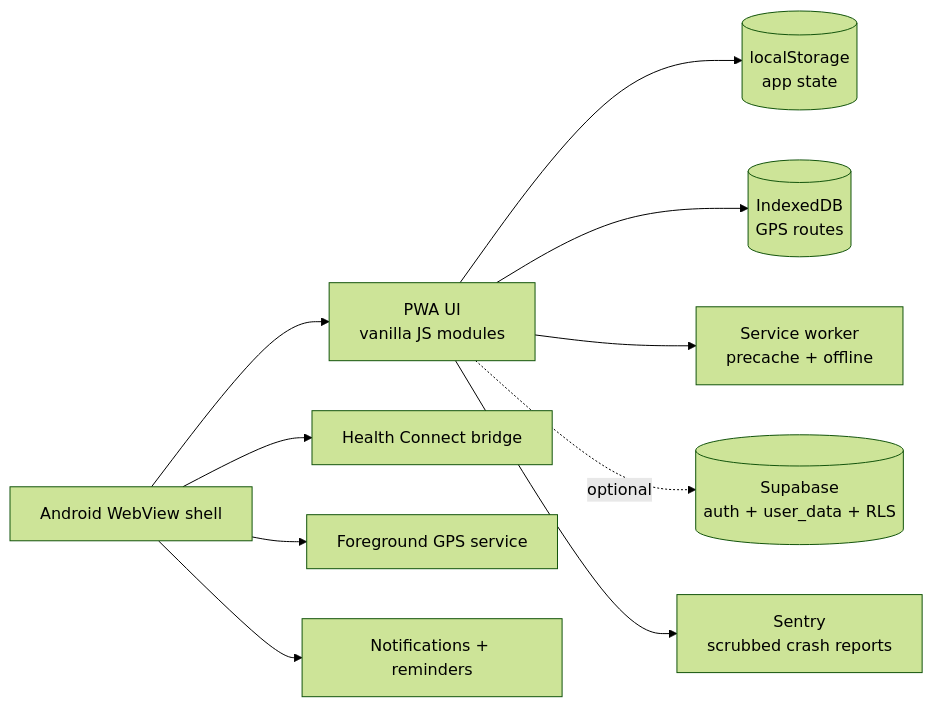
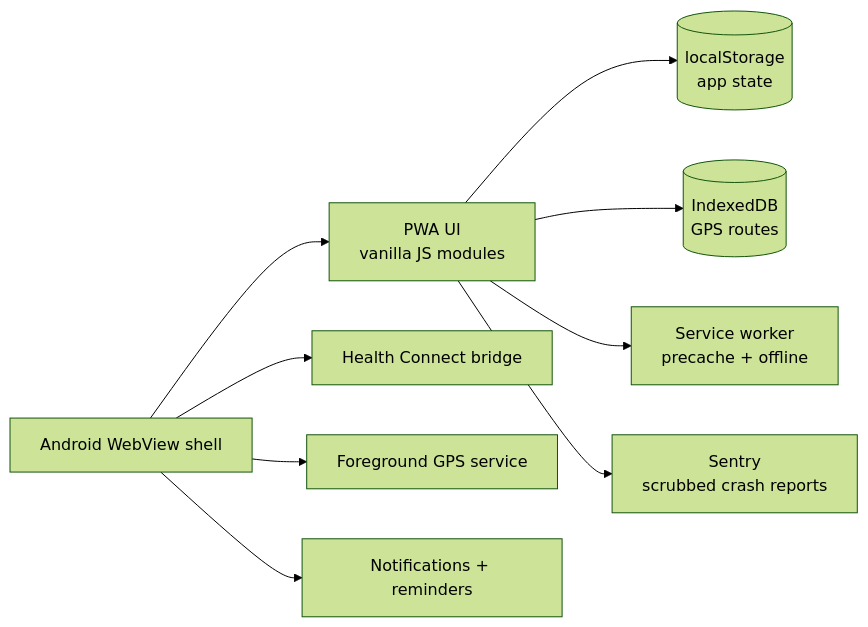
Before and after one commit to mjb96/hybrid-app: the diagram in README.md, drawn with Mermaid (forest theme). The commit also changed other lines of this file and 61 other files, not shown here.

````diff
--- a/README.md
+++ b/README.md
@@ -57,12 +57,11 @@
 ```mermaid
 flowchart LR
   UI["PWA UI<br/>vanilla JS modules"] --> LS[("localStorage<br/>app state")]
   UI --> IDB[("IndexedDB<br/>GPS routes")]
   UI --> SW["Service worker<br/>precache + offline"]
-  UI -. optional .-> SB[("Supabase<br/>auth + user_data + RLS")]
   AND["Android WebView shell"] --> UI
   AND --> HC["Health Connect bridge"]
   AND --> GPS["Foreground GPS service"]
   AND --> NOTIF["Notifications + reminders"]
   UI --> SENTRY["Sentry<br/>scrubbed crash reports"]
 ```
````
